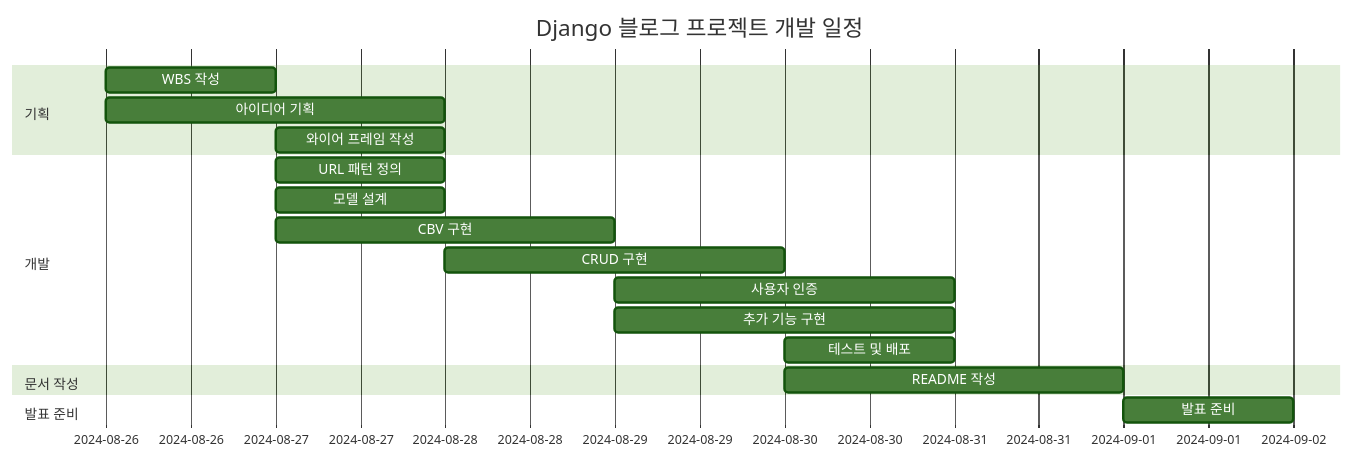
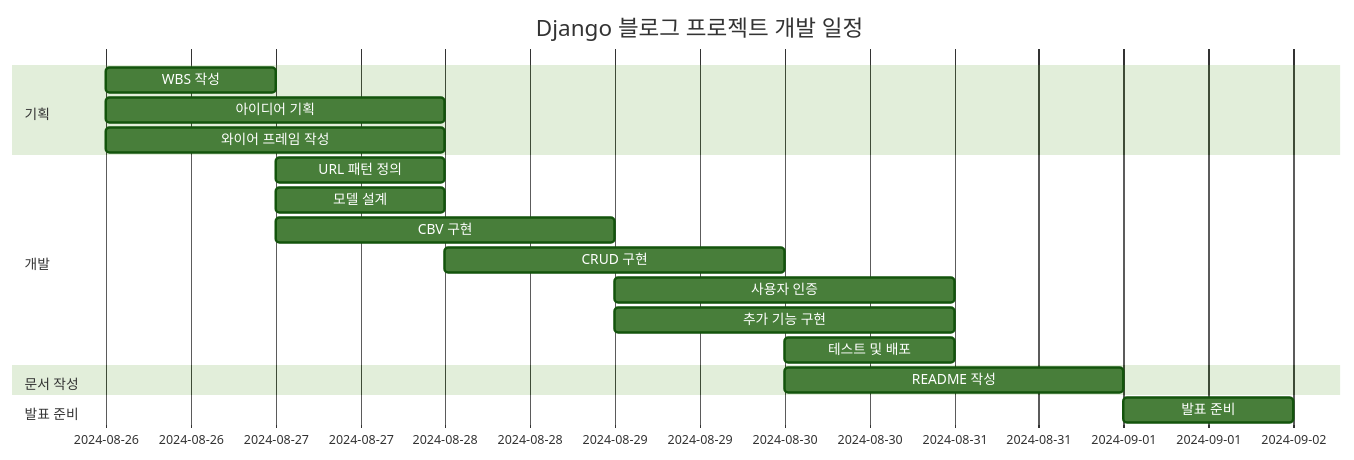
The diagram in README.md (lwj0712/DjangoBlog), drawn with Mermaid (forest theme) before and after one commit. The commit also changed other lines of this file, not shown here.

````diff
--- a/README.md
+++ b/README.md
@@ -1,25 +3,25 @@
 ```mermaid
 gantt
     title Django 블로그 프로젝트 개발 일정
     dateFormat  YYYY-MM-DD
 
     section 기획
     WBS 작성 :2024-08-26, 1d
     아이디어 기획 :2024-08-26, 2d
-    와이어 프레임 작성 :2024-08-27, 1d
+    와이어 프레임 작성 :2024-08-26, 2d
 
     section 개발
     URL 패턴 정의 :2024-08-27, 1d
     모델 설계 :2024-08-27, 1d
     CBV 구현 :2024-08-27, 2d
     CRUD 구현 :2024-08-28, 2d
     사용자 인증 :2024-08-29, 2d
     추가 기능 구현 :2024-08-29, 2d
     테스트 및 배포:2024-08-30, 1d
 
     section 문서 작성
     README 작성 :2024-08-30, 2d
 
     section 발표 준비
     발표 준비 :2024-09-01, 1d
 ```
````
